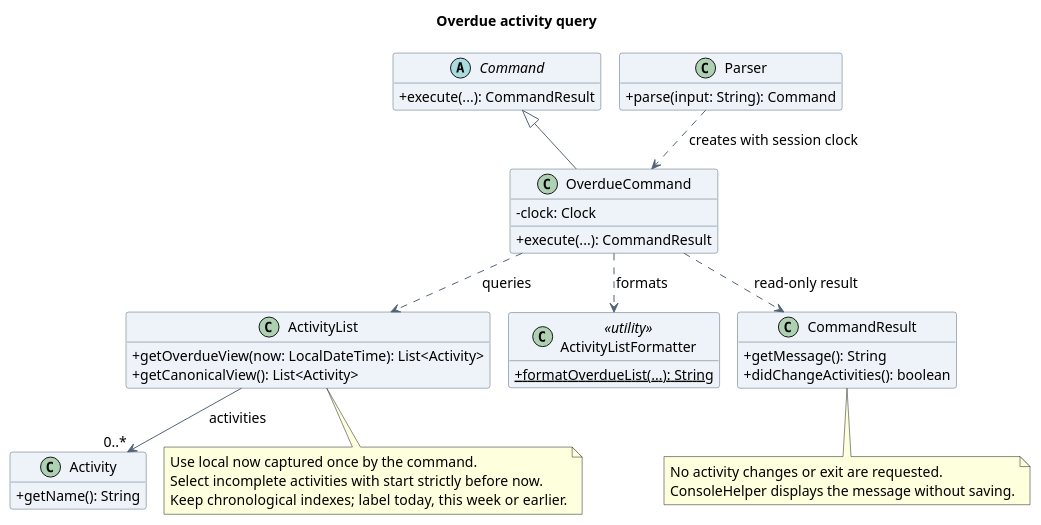
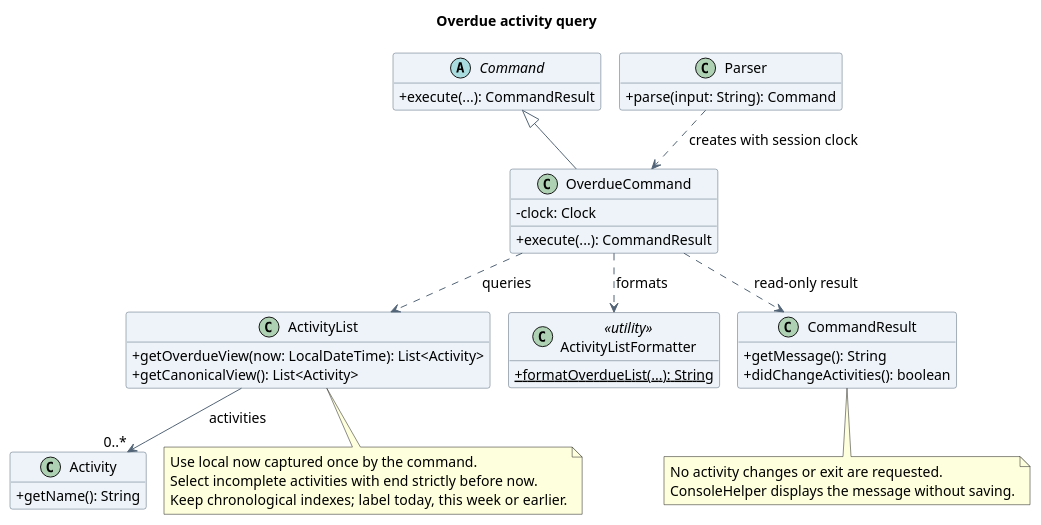
The diagram in docs/diagrams/asyraf/class/OverdueActivityClassDiagram.puml (AY2627S1-CS2113-T10-4/tp), drawn with PlantUML before and after one commit. The commit also changed 12 other files, not shown here.

```diff
--- a/docs/diagrams/asyraf/class/OverdueActivityClassDiagram.puml
+++ b/docs/diagrams/asyraf/class/OverdueActivityClassDiagram.puml
@@ -2,53 +2,53 @@
 @startuml
 !pragma layout smetana
 title Overdue activity query
 skinparam backgroundColor white
 skinparam shadowing false
 skinparam defaultFontName SansSerif
 skinparam defaultFontSize 14
 skinparam ArrowColor #526477
 skinparam classAttributeIconSize 0
 skinparam classBackgroundColor #EDF3F8
 skinparam classBorderColor #526477
 hide empty members
 
 abstract class Command {
   +execute(...): CommandResult
 }
 class Parser {
   +parse(input: String): Command
 }
 class OverdueCommand {
   -clock: Clock
   +execute(...): CommandResult
 }
 class ActivityList {
   +getOverdueView(now: LocalDateTime): List<Activity>
   +getCanonicalView(): List<Activity>
 }
 class Activity {
   +getName(): String
 }
 class ActivityListFormatter <<utility>> {
   {static} +formatOverdueList(...): String
 }
 class CommandResult {
   +getMessage(): String
   +didChangeActivities(): boolean
 }
 Command <|-- OverdueCommand
 Parser ..> OverdueCommand : creates with session clock
 OverdueCommand ..> ActivityList : queries
 OverdueCommand ..> ActivityListFormatter : formats
 OverdueCommand ..> CommandResult : read-only result
 ActivityList --> "0..*" Activity : activities
 note bottom of ActivityList
   Use local now captured once by the command.
-  Select incomplete activities with start strictly before now.
+  Select incomplete activities with end strictly before now.
   Keep chronological indexes; label today, this week or earlier.
 end note
 note bottom of CommandResult
   No activity changes or exit are requested.
   ConsoleHelper displays the message without saving.
 end note
 @enduml
```
